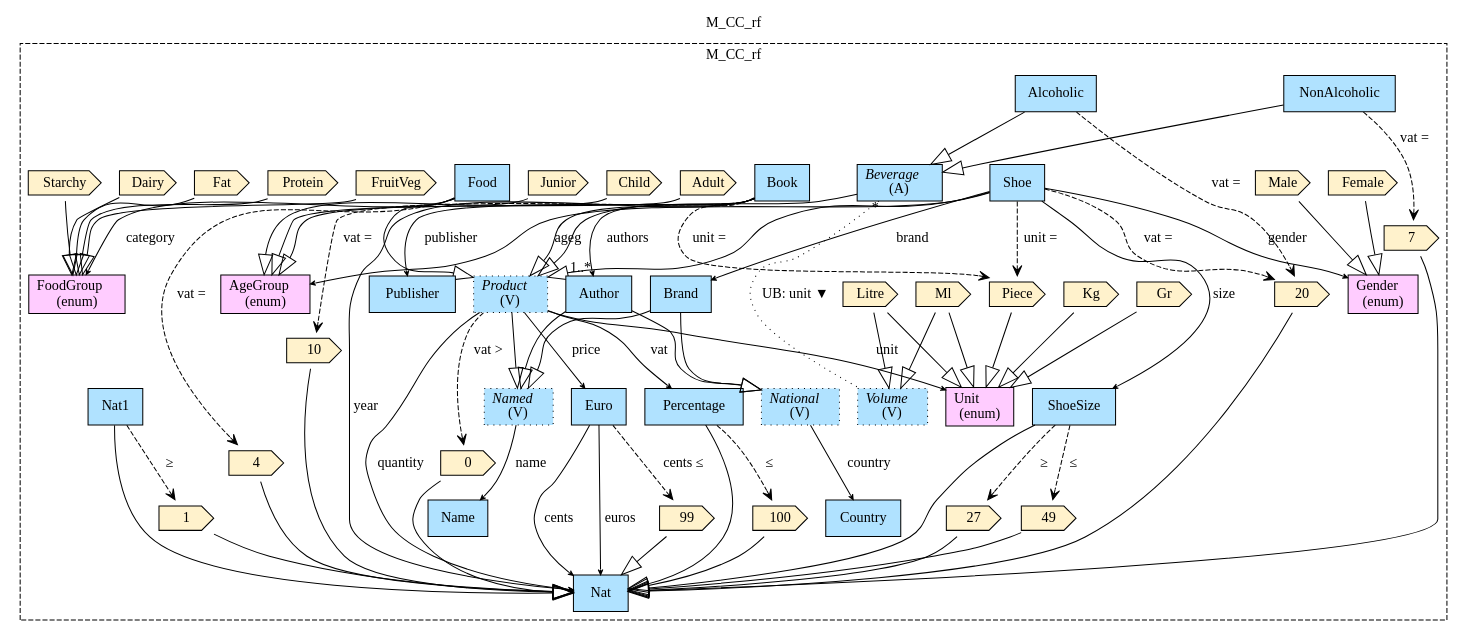
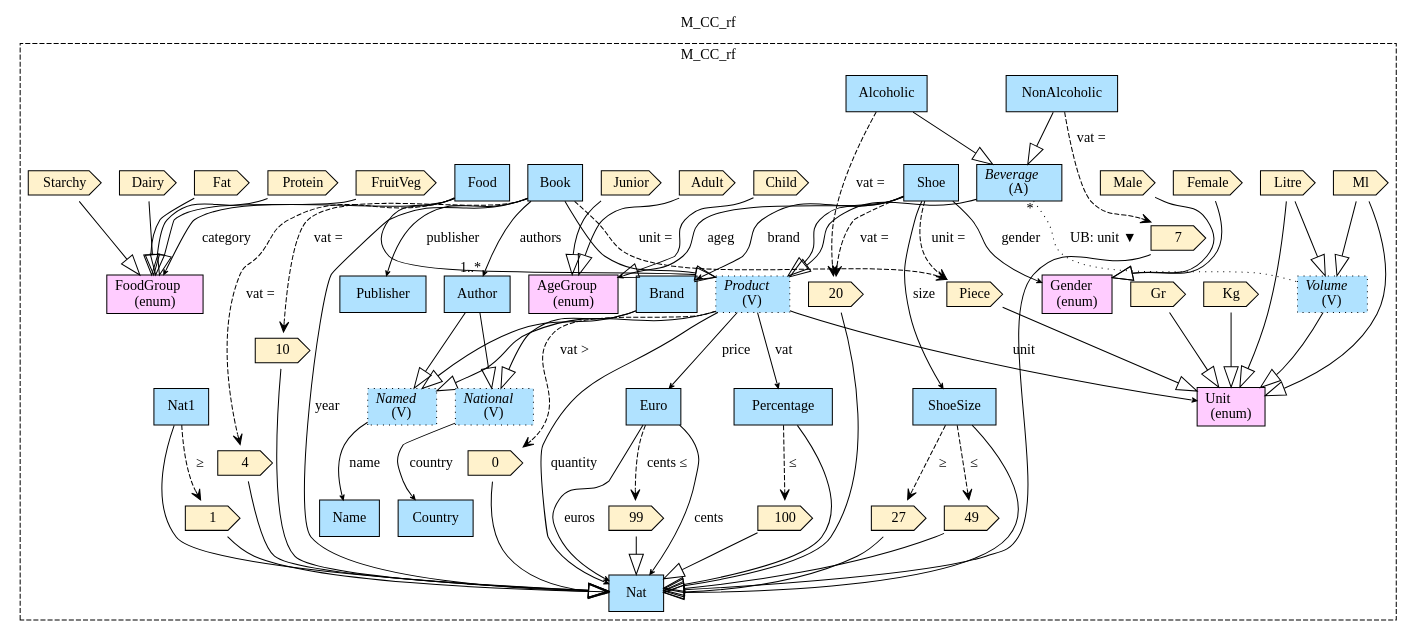
Before and after one commit to namalio/Fragmenta: the diagram in Haskell/FragmentaTests/Commerce/img/M_CC_rf.gv, drawn with Graphviz. The commit also changed 11 other files, not shown here.

```diff
--- a/Haskell/FragmentaTests/Commerce/img/M_CC_rf.gv
+++ b/Haskell/FragmentaTests/Commerce/img/M_CC_rf.gv
@@ -1,139 +1,140 @@
 digraph {graph[label=M_CC_rf,labelloc=tl,labelfontsize=12];
 subgraph cluster_M_CC_rf{style=dashed;label=M_CC_rf;
 "Percentage"[shape=record,fillcolor=lightskyblue1,style = filled,label="Percentage"];
 "V100"[shape=cds,fillcolor="#FFF2CC",style = filled,label="100"];
 "Product"[shape=record,fillcolor=lightskyblue1,style ="filled,dotted",label=<{<I>Product</I><br/>(V)}>];
 "Unit"[shape=record,fillcolor="#FFCCFF",style = filled,label="Unit\l(enum)"];
 "VKg"[shape=cds,fillcolor="#FFF2CC",style = filled,label="Kg"];
 "VGr"[shape=cds,fillcolor="#FFF2CC",style = filled,label="Gr"];
 "VPiece"[shape=cds,fillcolor="#FFF2CC",style = filled,label="Piece"];
 "VMl"[shape=cds,fillcolor="#FFF2CC",style = filled,label="Ml"];
 "VLitre"[shape=cds,fillcolor="#FFF2CC",style = filled,label="Litre"];
 "V0"[shape=cds,fillcolor="#FFF2CC",style = filled,label="0"];
 "Volume"[shape=record,fillcolor=lightskyblue1,style ="filled,dotted",label=<{<I>Volume</I><br/>(V)}>];
 "Beverage"[shape=record,fillcolor=lightskyblue1,style = filled,label=<{<I>Beverage</I><br/>(A)}>];
 "Alcoholic"[shape=record,fillcolor=lightskyblue1,style = filled,label="Alcoholic"];
 "NonAlcoholic"[shape=record,fillcolor=lightskyblue1,style = filled,label="NonAlcoholic"];
 "V7"[shape=cds,fillcolor="#FFF2CC",style = filled,label="7"];
 "ShoeSize"[shape=record,fillcolor=lightskyblue1,style = filled,label="ShoeSize"];
 "V27"[shape=cds,fillcolor="#FFF2CC",style = filled,label="27"];
 "V49"[shape=cds,fillcolor="#FFF2CC",style = filled,label="49"];
 "Brand"[shape=record,fillcolor=lightskyblue1,style = filled,label="Brand"];
 "Shoe"[shape=record,fillcolor=lightskyblue1,style = filled,label="Shoe"];
 "Gender"[shape=record,fillcolor="#FFCCFF",style = filled,label="Gender\l(enum)"];
 "VMale"[shape=cds,fillcolor="#FFF2CC",style = filled,label="Male"];
 "VFemale"[shape=cds,fillcolor="#FFF2CC",style = filled,label="Female"];
 "AgeGroup"[shape=record,fillcolor="#FFCCFF",style = filled,label="AgeGroup\l(enum)"];
 "VAdult"[shape=cds,fillcolor="#FFF2CC",style = filled,label="Adult"];
 "VChild"[shape=cds,fillcolor="#FFF2CC",style = filled,label="Child"];
 "VJunior"[shape=cds,fillcolor="#FFF2CC",style = filled,label="Junior"];
 "VProtein"[shape=cds,fillcolor="#FFF2CC",style = filled,label="Protein"];
 "VFat"[shape=cds,fillcolor="#FFF2CC",style = filled,label="Fat"];
 "VDairy"[shape=cds,fillcolor="#FFF2CC",style = filled,label="Dairy"];
 "VStarchy"[shape=cds,fillcolor="#FFF2CC",style = filled,label="Starchy"];
 "VFruitVeg"[shape=cds,fillcolor="#FFF2CC",style = filled,label="FruitVeg"];
 "FoodGroup"[shape=record,fillcolor="#FFCCFF",style = filled,label="FoodGroup\l(enum)"];
 "V4"[shape=cds,fillcolor="#FFF2CC",style = filled,label="4"];
 "Food"[shape=record,fillcolor=lightskyblue1,style = filled,label="Food"];
 "V10"[shape=cds,fillcolor="#FFF2CC",style = filled,label="10"];
 "Publisher"[shape=record,fillcolor=lightskyblue1,style = filled,label="Publisher"];
 "Author"[shape=record,fillcolor=lightskyblue1,style = filled,label="Author"];
 "Book"[shape=record,fillcolor=lightskyblue1,style = filled,label="Book"];
 "V99"[shape=cds,fillcolor="#FFF2CC",style = filled,label="99"];
 "Euro"[shape=record,fillcolor=lightskyblue1,style = filled,label="Euro"];
 "V20"[shape=cds,fillcolor="#FFF2CC",style = filled,label="20"];
 "V1"[shape=cds,fillcolor="#FFF2CC",style = filled,label="1"];
 "National"[shape=record,fillcolor=lightskyblue1,style ="filled,dotted",label=<{<I>National</I><br/>(V)}>];
 "Country"[shape=record,fillcolor=lightskyblue1,style = filled,label="Country"];
 "Name"[shape=record,fillcolor=lightskyblue1,style = filled,label="Name"];
 "Named"[shape=record,fillcolor=lightskyblue1,style ="filled,dotted",label=<{<I>Named</I><br/>(V)}>];
 "Nat1"[shape=record,fillcolor=lightskyblue1,style = filled,label="Nat1"];
 "Nat"[shape=record,fillcolor=lightskyblue1,style = filled,label="Nat"];
 
 "Named"->"Name"[label="name",arrowhead=vee,headlabel="",arrowsize=.5];
 "Nat1"->"Nat"[arrowhead=onormal,arrowsize=2.0];
 "V1"->"Nat"[arrowhead=onormal,arrowsize=2.0];
 "V20"->"Nat"[arrowhead=onormal,arrowsize=2.0];
 "Nat1"->"V1"[arrowhead=vee,style=dashed,label=" ≥"];
 
 "National"->"Country"[label="country",arrowhead=vee,headlabel="",arrowsize=.5];
 "Euro"->"Nat"[label="cents",arrowhead=vee,headlabel="",arrowsize=.5];
 "Euro"->"Nat"[label="euros",arrowhead=vee,headlabel="",arrowsize=.5];
 "V99"->"Nat"[arrowhead=onormal,arrowsize=2.0];
 "Euro"->"V99"[arrowhead=vee,style=dashed,label="cents ≤"];
 
 "Book"->"Product"[arrowhead=onormal,arrowsize=2.0];
 "V10"->"Nat"[arrowhead=onormal,arrowsize=2.0];
 "Author"->"Named"[arrowhead=onormal,arrowsize=2.0];
 "Author"->"National"[arrowhead=onormal,arrowsize=2.0];
 "Book"->"Nat"[label="year",arrowhead=vee,headlabel="",arrowsize=.5];
 "Book"->"Author"[label="authors",arrowhead=vee,headlabel="1..*",arrowsize=.5];
 "Book"->"Publisher"[label="publisher",arrowhead=vee,headlabel="",arrowsize=.5];
 "Book"->"V10"[arrowhead=vee,style=dashed,label="vat ="];
 
 "Book"->"VPiece"[arrowhead=vee,style=dashed,label="unit ="];
 
 "Food"->"Product"[arrowhead=onormal,arrowsize=2.0];
 "V4"->"Nat"[arrowhead=onormal,arrowsize=2.0];
 "VFruitVeg"->"FoodGroup"[arrowhead=onormal,arrowsize=2.0];
 "VStarchy"->"FoodGroup"[arrowhead=onormal,arrowsize=2.0];
 "VDairy"->"FoodGroup"[arrowhead=onormal,arrowsize=2.0];
 "VFat"->"FoodGroup"[arrowhead=onormal,arrowsize=2.0];
 "VProtein"->"FoodGroup"[arrowhead=onormal,arrowsize=2.0];
 "Food"->"FoodGroup"[label="category",arrowhead=vee,headlabel="",arrowsize=.5];
 "Food"->"V4"[arrowhead=vee,style=dashed,label="vat ="];
 
 "Shoe"->"V20"[arrowhead=vee,style=dashed,label="vat ="];
 
 "Shoe"->"VPiece"[arrowhead=vee,style=dashed,label="unit ="];
 
 "Shoe"->"AgeGroup"[label="ageg",arrowhead=vee,headlabel="",arrowsize=.5];
 "VJunior"->"AgeGroup"[arrowhead=onormal,arrowsize=2.0];
 "VChild"->"AgeGroup"[arrowhead=onormal,arrowsize=2.0];
 "VAdult"->"AgeGroup"[arrowhead=onormal,arrowsize=2.0];
 "Shoe"->"Gender"[label="gender",arrowhead=vee,headlabel="",arrowsize=.5];
 "VFemale"->"Gender"[arrowhead=onormal,arrowsize=2.0];
 "VMale"->"Gender"[arrowhead=onormal,arrowsize=2.0];
 "Shoe"->"ShoeSize"[label="size",arrowhead=vee,headlabel="",arrowsize=.5];
 "Shoe"->"Brand"[label="brand",arrowhead=vee,headlabel="",arrowsize=.5];
 "Brand"->"Named"[arrowhead=onormal,arrowsize=2.0];
 "Brand"->"National"[arrowhead=onormal,arrowsize=2.0];
 "Shoe"->"Product"[arrowhead=onormal,arrowsize=2.0];
 "ShoeSize"->"V49"[arrowhead=vee,style=dashed,label=" ≤"];
 
 "ShoeSize"->"V27"[arrowhead=vee,style=dashed,label=" ≥"];
 
 "V49"->"Nat"[arrowhead=onormal,arrowsize=2.0];
 "V27"->"Nat"[arrowhead=onormal,arrowsize=2.0];
 "ShoeSize"->"Nat"[arrowhead=onormal,arrowsize=2.0];
 "Beverage"->"Volume"[label="UB: unit ▼",dir=none,taillabel="*",headlabel="",style=dotted];
 "NonAlcoholic"->"V7"[arrowhead=vee,style=dashed,label="vat ="];
 
 "Alcoholic"->"V20"[arrowhead=vee,style=dashed,label="vat ="];
 
 "Beverage"->"Product"[arrowhead=onormal,arrowsize=2.0];
 "NonAlcoholic"->"Beverage"[arrowhead=onormal,arrowsize=2.0];
 "Alcoholic"->"Beverage"[arrowhead=onormal,arrowsize=2.0];
 "V7"->"Nat"[arrowhead=onormal,arrowsize=2.0];
+"Volume"->"Unit"[arrowhead=onormal,arrowsize=2.0];
 "VLitre"->"Volume"[arrowhead=onormal,arrowsize=2.0];
 "VMl"->"Volume"[arrowhead=onormal,arrowsize=2.0];
 "V0"->"Nat"[arrowhead=onormal,arrowsize=2.0];
 "Product"->"V0"[arrowhead=vee,style=dashed,label="vat >"];
 
 "Product"->"Named"[arrowhead=onormal,arrowsize=2.0];
 "Product"->"Nat"[label="quantity",arrowhead=vee,headlabel="",arrowsize=.5];
 "Product"->"Unit"[label="unit",arrowhead=vee,headlabel="",arrowsize=.5];
 "Product"->"Percentage"[label="vat",arrowhead=vee,headlabel="",arrowsize=.5];
 "Product"->"Euro"[label="price",arrowhead=vee,headlabel="",arrowsize=.5];
 "VLitre"->"Unit"[arrowhead=onormal,arrowsize=2.0];
 "VMl"->"Unit"[arrowhead=onormal,arrowsize=2.0];
 "VPiece"->"Unit"[arrowhead=onormal,arrowsize=2.0];
 "VGr"->"Unit"[arrowhead=onormal,arrowsize=2.0];
 "VKg"->"Unit"[arrowhead=onormal,arrowsize=2.0];
 "Percentage"->"V100"[arrowhead=vee,style=dashed,label=" ≤"];
 
 "V100"->"Nat"[arrowhead=onormal,arrowsize=2.0];
 "Percentage"->"Nat"[arrowhead=onormal,arrowsize=2.0];
 
 }
 }
```
